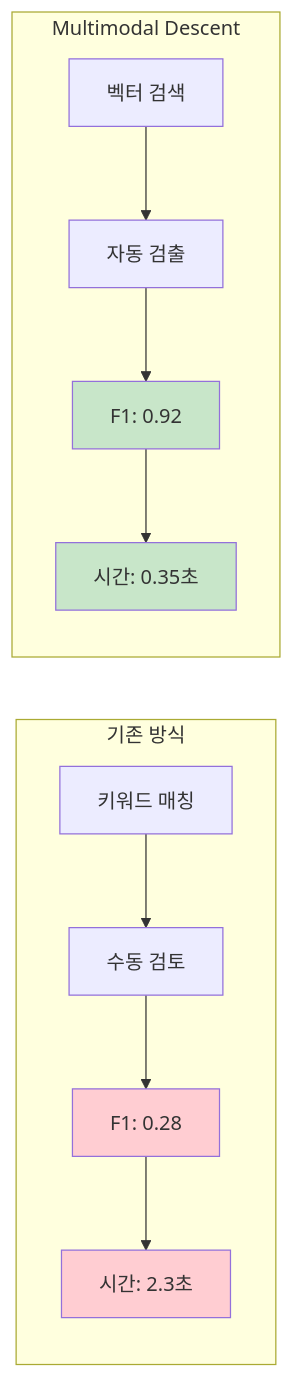
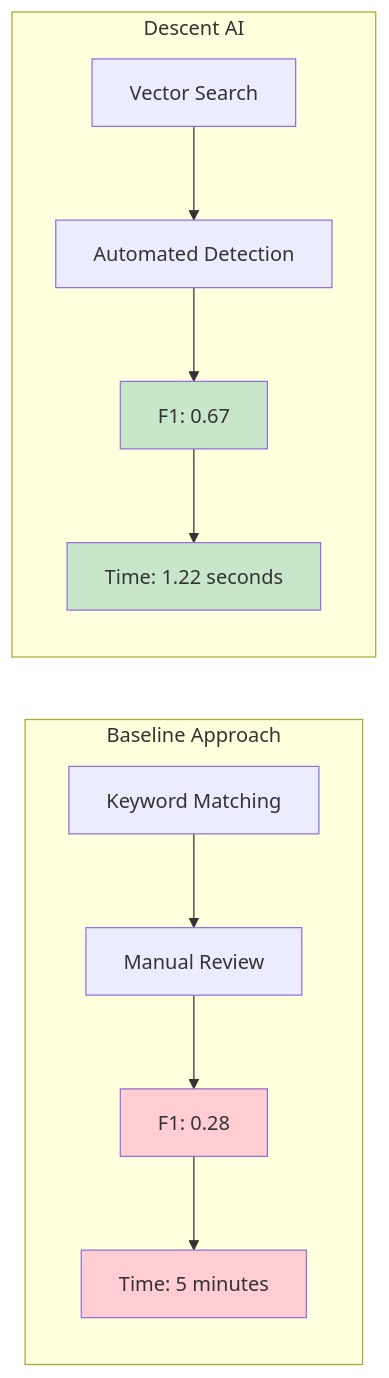
Before and after one commit to tongro2025/Descent-AI: the third of 3 diagrams in docs/ARCHITECTURE.md, drawn with Mermaid. The commit also changed other lines of this file and 9 other files, not shown here.

````diff
--- a/docs/ARCHITECTURE.md
+++ b/docs/ARCHITECTURE.md
@@ -106,24 +123,24 @@
 ```mermaid
 graph LR
-    subgraph "기존 방식"
-        A1[키워드 매칭]
-        A2[수동 검토]
+    subgraph "Baseline Approach"
+        A1[Keyword Matching]
+        A2[Manual Review]
         A3[F1: 0.28]
-        A4[시간: 2.3초]
+        A4[Time: 5 minutes]
     end
     
-    subgraph "Multimodal Descent"
-        B1[벡터 검색]
-        B2[자동 검출]
-        B3[F1: 0.92]
-        B4[시간: 0.35초]
+    subgraph "Descent AI"
+        B1[Vector Search]
+        B2[Automated Detection]
+        B3[F1: 0.67]
+        B4[Time: 1.22 seconds]
     end
     
     A1 --> A2 --> A3 --> A4
     B1 --> B2 --> B3 --> B4
     
     style A3 fill:#ffcdd2
     style A4 fill:#ffcdd2
     style B3 fill:#c8e6c9
     style B4 fill:#c8e6c9
 ```
````
